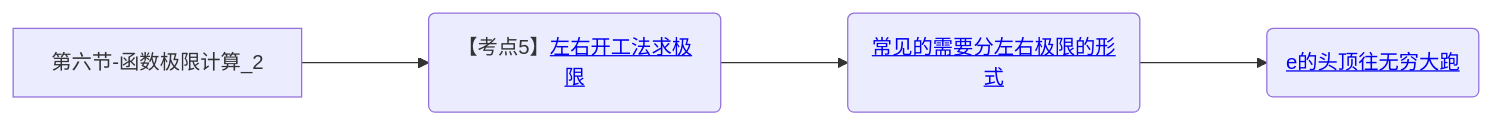
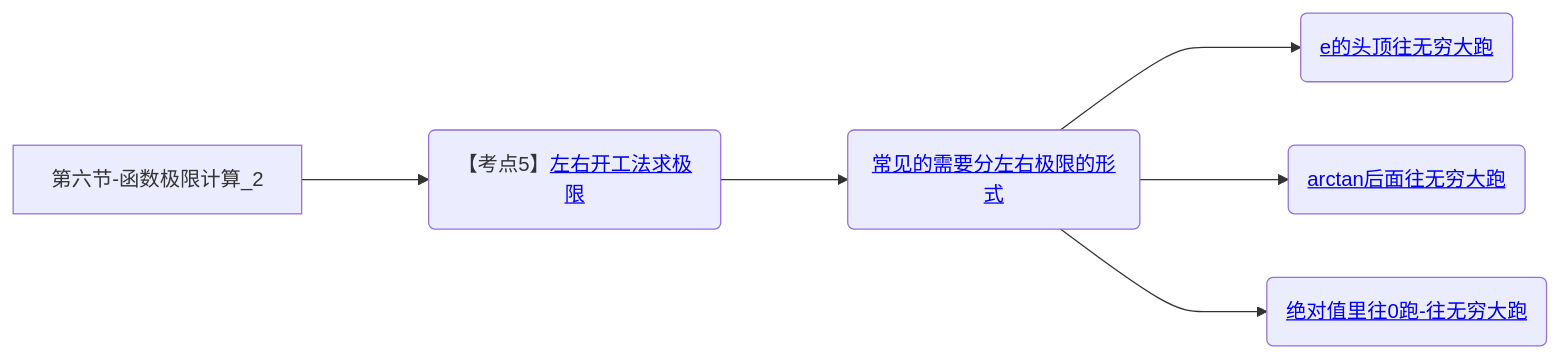
Before and after one commit to yuebinghui/note: the sixth of 6 diagrams in 笔记/数学/周洋鑫/01.基础班思维导图.md, drawn with Mermaid. The commit also changed other lines of this file and 7 other files, not shown here.

````diff
--- a/笔记/数学/周洋鑫/01.基础班思维导图.md
+++ b/笔记/数学/周洋鑫/01.基础班思维导图.md
@@ -226,8 +226,10 @@
 ```mermaid
 graph LR
 第六节-函数极限计算_2
 
 第六节-函数极限计算_2--->左右开工法求极限(【考点5】<a href="/Users/yuebinghui/Documents/program/github/note/笔记/数学/周洋鑫/基础班/06.函数极限计算_2.md#左右开工法求极限">左右开工法求极限</>)
 左右开工法求极限--->常见的需要分左右极限的形式(<a href="/Users/yuebinghui/Documents/program/github/note/笔记/数学/周洋鑫/基础班/06.函数极限计算_2.md#常见的需要分左右极限的形式">常见的需要分左右极限的形式</>)
 常见的需要分左右极限的形式--->e的头顶往无穷大跑(<a href="/Users/yuebinghui/Documents/program/github/note/笔记/数学/周洋鑫/基础班/06.函数极限计算_2.md#e的头顶往无穷大跑">e的头顶往无穷大跑</>)
+常见的需要分左右极限的形式--->arctan后面往无穷大跑(<a href="/Users/yuebinghui/Documents/program/github/note/笔记/数学/周洋鑫/基础班/06.函数极限计算_2.md#arctan后面往无穷大跑">arctan后面往无穷大跑</>)
+常见的需要分左右极限的形式--->绝对值里往0跑(<a href="/Users/yuebinghui/Documents/program/github/note/笔记/数学/周洋鑫/基础班/06.函数极限计算_2.md#绝对值里往0跑">绝对值里往0跑-往无穷大跑</>)
 ```
````
